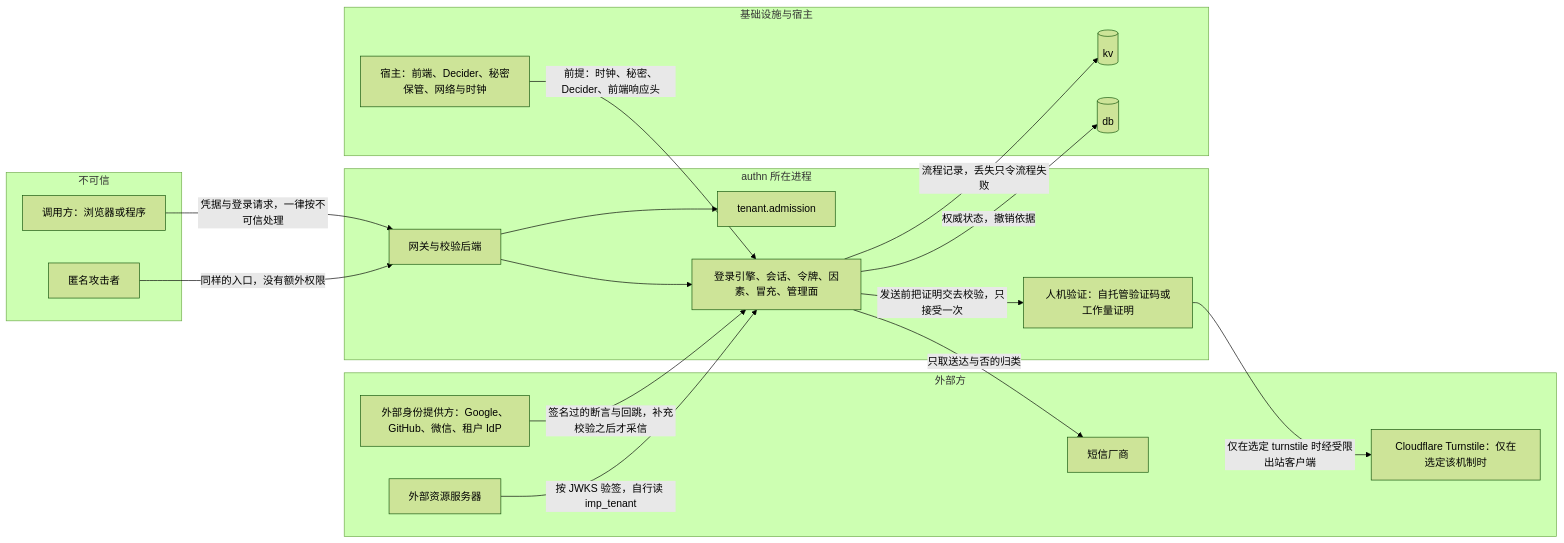
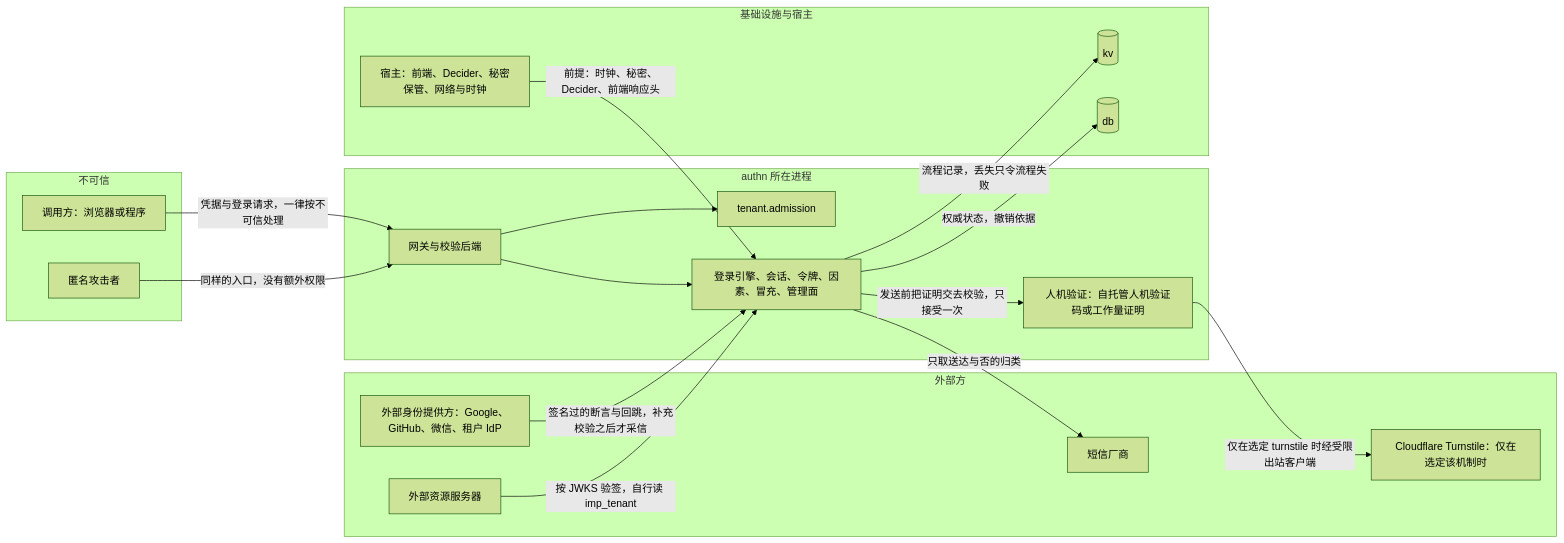
Before and after one commit to wangzw/speed: the first of 2 diagrams in docs/design/modules/authn/design-authn-threats.md, drawn with Mermaid (forest theme). The commit also changed other lines of this file and 15 other files, not shown here.

````diff
--- a/docs/design/modules/authn/design-authn-threats.md
+++ b/docs/design/modules/authn/design-authn-threats.md
@@ -257,36 +258,36 @@
 ```mermaid
 flowchart LR
     subgraph untrusted["不可信"]
         caller["调用方：浏览器或程序"]
         attacker["匿名攻击者"]
     end
     subgraph external["外部方"]
         idp["外部身份提供方：Google、GitHub、微信、租户 IdP"]
         smsvendor["短信厂商"]
         turnstile["Cloudflare Turnstile：仅在选定该机制时"]
         rs["外部资源服务器"]
     end
     subgraph process["authn 所在进程"]
         gate["网关与校验后端"]
         engine["登录引擎、会话、令牌、因素、冒充、管理面"]
-        hv["人机验证：自托管验证码或工作量证明"]
+        hv["人机验证：自托管人机验证码或工作量证明"]
         adm["tenant.admission"]
     end
     subgraph infra["基础设施与宿主"]
         db[("db")]
         kv[("kv")]
         host["宿主：前端、Decider、秘密保管、网络与时钟"]
     end
     caller -->|"凭据与登录请求，一律按不可信处理"| gate
     attacker -->|"同样的入口，没有额外权限"| gate
     gate --> engine
     gate --> adm
     idp -->|"签名过的断言与回跳，补充校验之后才采信"| engine
     engine -->|"只取送达与否的归类"| smsvendor
     engine -->|"发送前把证明交去校验，只接受一次"| hv
     hv -->|"仅在选定 turnstile 时经受限出站客户端"| turnstile
     rs -->|"按 JWKS 验签，自行读 imp_tenant"| engine
     engine -->|"权威状态，撤销依据"| db
     engine -->|"流程记录，丢失只令流程失败"| kv
     host -->|"前提：时钟、秘密、Decider、前端响应头"| engine
 ```
````
